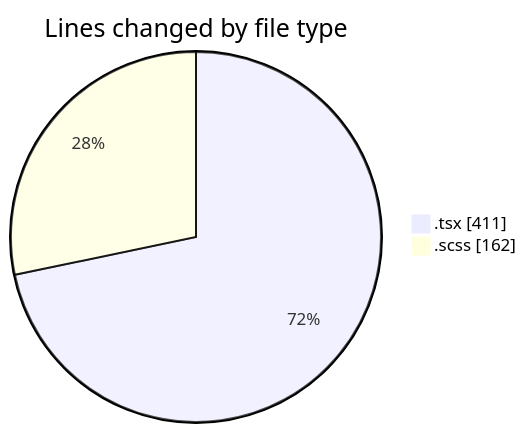
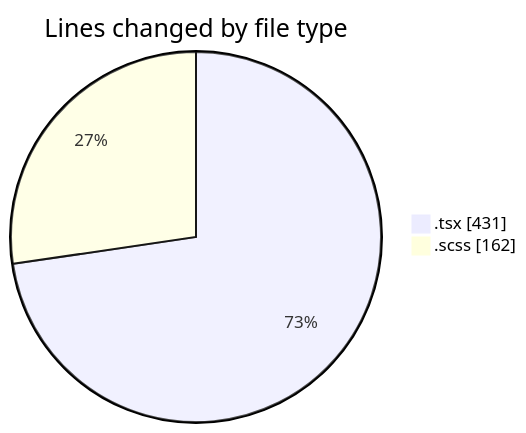
The first of 2 diagrams in 2026-04-16/cda/README.md (momahboobian/code-tracking), drawn with Mermaid before and after one commit. The commit also changed other lines of this file and 1 other file, not shown here.

````diff
--- a/2026-04-16/cda/README.md
+++ b/2026-04-16/cda/README.md
@@ -22,6 +23,6 @@
 ```mermaid
 pie showData
 title Lines changed by file type
-".tsx" : 411
+".tsx" : 431
 ".scss" : 162
 ```
````
